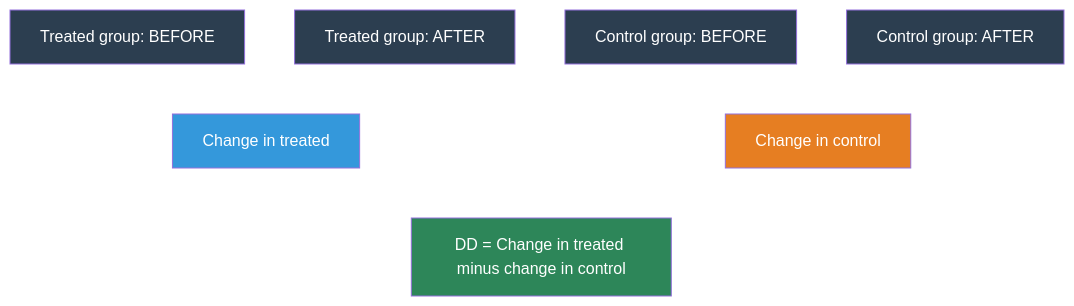
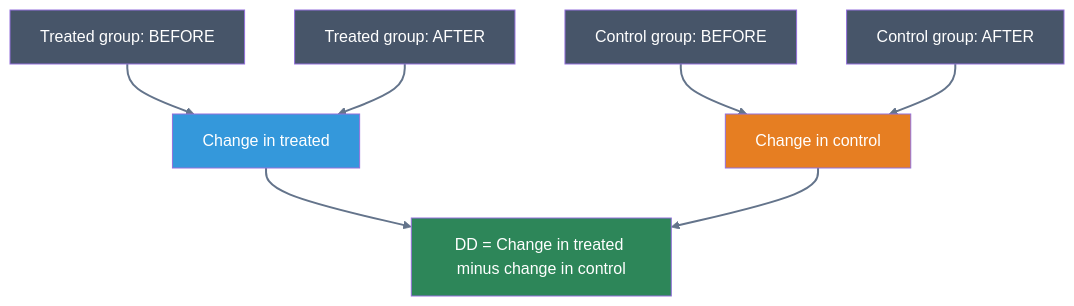
Before and after one commit to cmg777/intro2causal: the second of 3 diagrams in book/notebooks_quarto/05-differences-in-differences.qmd, drawn with Mermaid. The commit also changed other lines of this file and 5 other files, not shown here.

First line of the commit message:
Fix mermaid diagram colors for dark/light theme visibility

````diff
--- a/book/notebooks_quarto/05-differences-in-differences.qmd
+++ b/book/notebooks_quarto/05-differences-in-differences.qmd
@@ -165,29 +165,29 @@
 ```{mermaid}
 %%| label: fig-dd-logic
 %%| fig-cap: "The DD method: subtract the control group's change from the treated group's change to isolate the causal effect."
 
 graph TD
     T1["Treated group: BEFORE"]
     T2["Treated group: AFTER"]
     C1["Control group: BEFORE"]
     C2["Control group: AFTER"]
     DT["Change in treated"]
     DC["Change in control"]
     DD["DD = Change in treated minus change in control"]
 
     T1 --> DT
     T2 --> DT
     C1 --> DC
     C2 --> DC
     DT --> DD
     DC --> DD
 
-    style T1 fill:#2c3e50,color:#fff
-    style T2 fill:#2c3e50,color:#fff
-    style C1 fill:#2c3e50,color:#fff
-    style C2 fill:#2c3e50,color:#fff
+    style T1 fill:#475569,color:#fff
+    style T2 fill:#475569,color:#fff
+    style C1 fill:#475569,color:#fff
+    style C2 fill:#475569,color:#fff
     style DD fill:#2d8659,color:#fff
     style DT fill:#3498db,color:#fff
     style DC fill:#e67e22,color:#fff
-    linkStyle default stroke:#fff,stroke-width:2px
+    linkStyle default stroke:#64748b,stroke-width:2px
 ```
````
